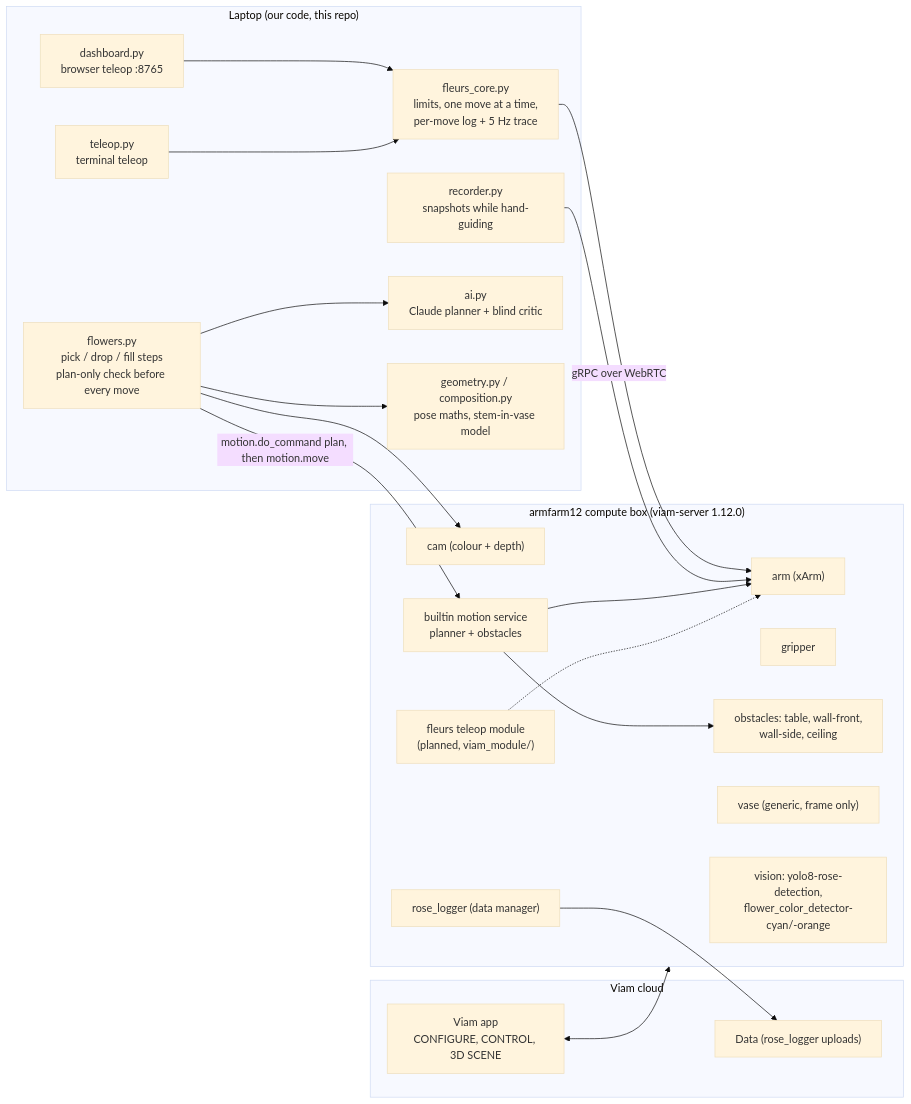
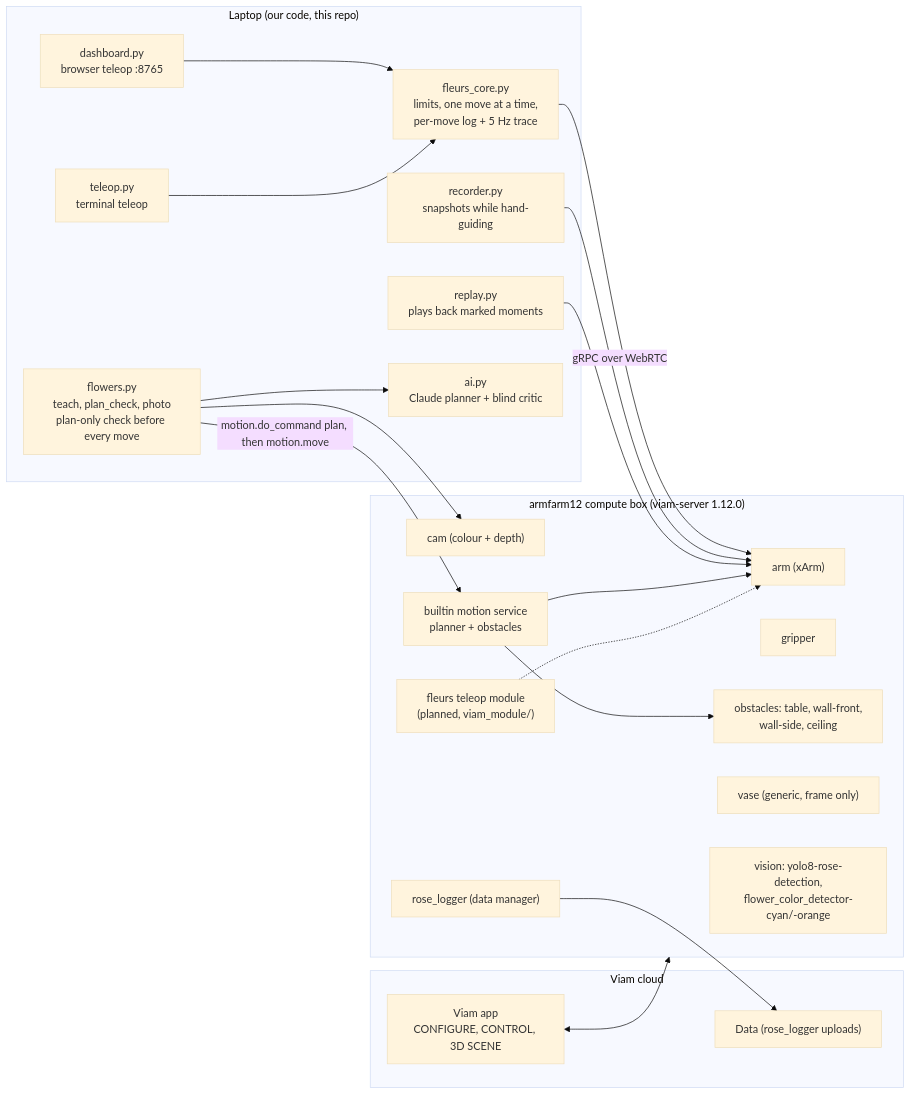
The first of 3 diagrams in ARCHITECTURE.md (TheApexWu/les-fleurs-du-viam), drawn with Mermaid (base theme) before and after one commit. The commit also changed other lines of this file and 11 other files, not shown here.

First line of the commit message:
Cut the top-down drop and kenzan paths; add replay.py

````diff
--- a/ARCHITECTURE.md
+++ b/ARCHITECTURE.md
@@ -7,43 +7,43 @@
 ```mermaid
 flowchart LR
   subgraph Laptop["Laptop (our code, this repo)"]
     D["dashboard.py<br/>browser teleop :8765"]
     T["teleop.py<br/>terminal teleop"]
     C["fleurs_core.py<br/>limits, one move at a time,<br/>per-move log + 5 Hz trace"]
-    F["flowers.py<br/>pick / drop / fill steps<br/>plan-only check before every move"]
+    F["flowers.py<br/>teach, plan_check, photo<br/>plan-only check before every move"]
+    RP["replay.py<br/>plays back marked moments"]
     R["recorder.py<br/>snapshots while hand-guiding"]
     A["ai.py<br/>Claude planner + blind critic"]
-    G["geometry.py / composition.py<br/>pose maths, stem-in-vase model"]
     D --> C
     T --> C
-    F --> G
     F --> A
   end
 
   subgraph Cloud["Viam cloud"]
     APP["Viam app<br/>CONFIGURE, CONTROL, 3D SCENE"]
     DATA["Data (rose_logger uploads)"]
   end
 
   subgraph Robot["armfarm12 compute box (viam-server 1.12.0)"]
     ARM["arm (xArm)"]
     GR["gripper"]
     CAM["cam (colour + depth)"]
     MOT["builtin motion service<br/>planner + obstacles"]
     OBS["obstacles: table, wall-front,<br/>wall-side, ceiling"]
     V["vase (generic, frame only)"]
     VIS["vision: yolo8-rose-detection,<br/>flower_color_detector-cyan/-orange"]
     DM["rose_logger (data manager)"]
     MOD["fleurs teleop module<br/>(planned, viam_module/)"]
   end
 
   C -- "gRPC over WebRTC" --> ARM
   F -- "motion.do_command plan, then motion.move" --> MOT
   F --> CAM
   R --> ARM
+  RP --> ARM
   MOT --> ARM
   MOT --> OBS
   APP <--> Robot
   DM --> DATA
   MOD -.-> ARM
 ```
````
